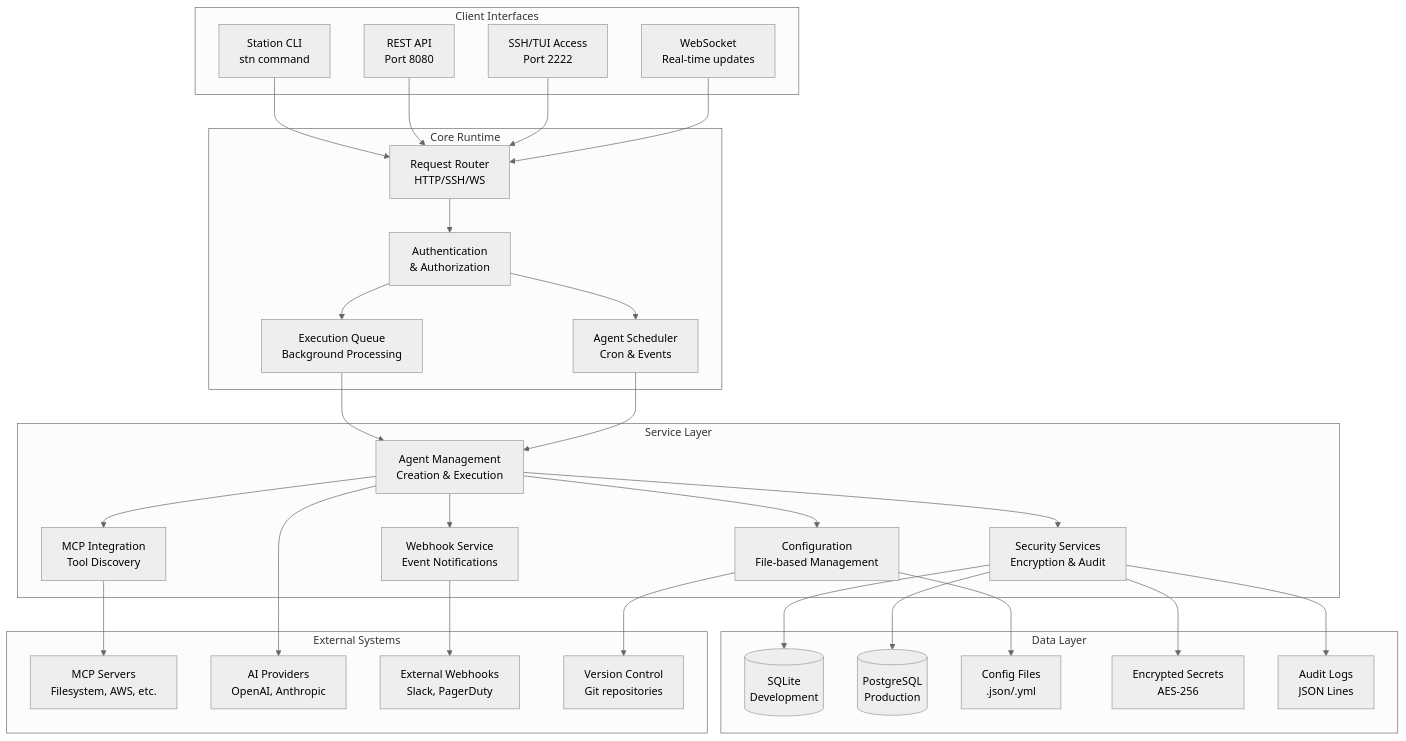
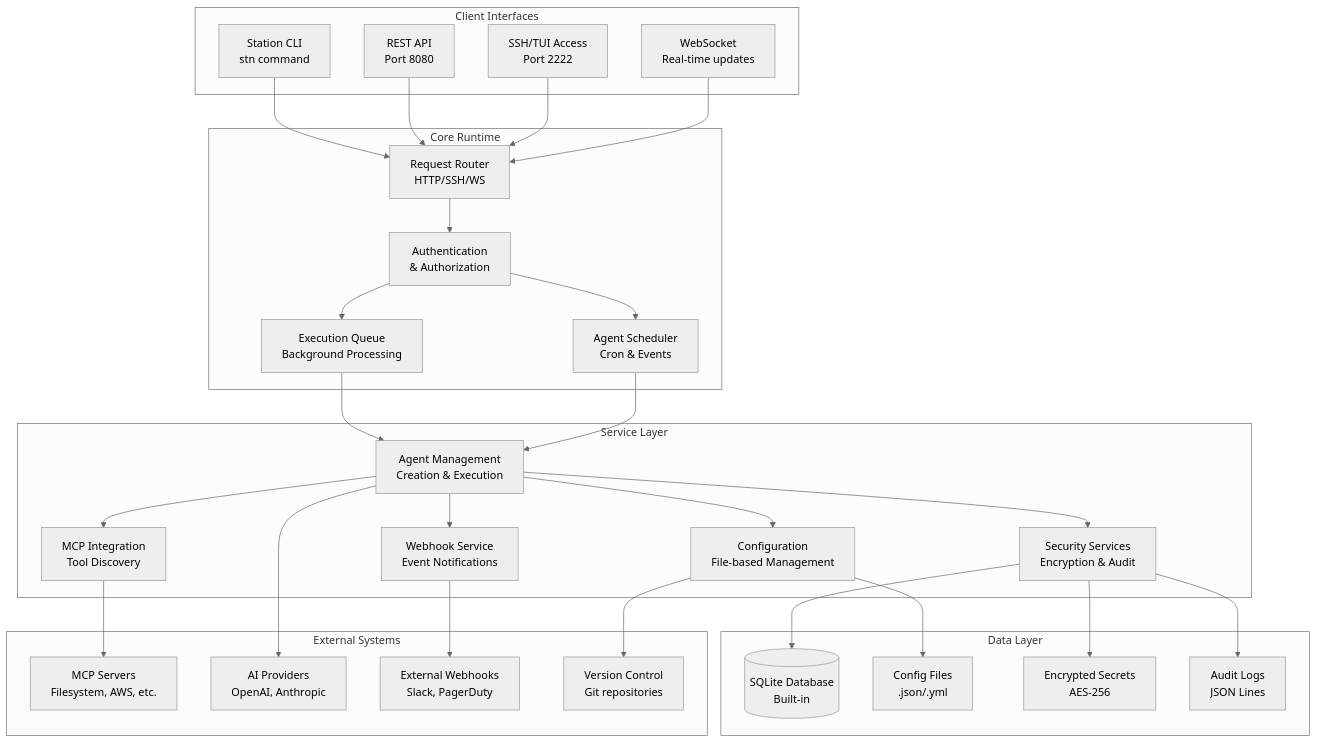
Before and after one commit to cloudshipai/station: the first of 5 diagrams in docs/site/src/content/docs/en/architecture.mdx, drawn with Mermaid (neutral theme). The commit also changed other lines of this file and 1 other file, not shown here.

First line of the commit message:
docs: Fix quickstart and architecture pages with authentic content

````diff
--- a/docs/site/src/content/docs/en/architecture.mdx
+++ b/docs/site/src/content/docs/en/architecture.mdx
@@ -12,67 +12,65 @@
 ```mermaid
 graph TB
     subgraph "Client Interfaces"
         CLI[Station CLI<br/>stn command]
         API[REST API<br/>Port 8080]
         SSH[SSH/TUI Access<br/>Port 2222]
         WS[WebSocket<br/>Real-time updates]
     end
     
     subgraph "Core Runtime"
         Router[Request Router<br/>HTTP/SSH/WS]
         Auth[Authentication<br/>& Authorization]
         Queue[Execution Queue<br/>Background Processing]
         Scheduler[Agent Scheduler<br/>Cron & Events]
     end
     
     subgraph "Service Layer"
         AgentSvc[Agent Management<br/>Creation & Execution]
         MCPSvc[MCP Integration<br/>Tool Discovery]
         ConfigSvc[Configuration<br/>File-based Management]
         SecuritySvc[Security Services<br/>Encryption & Audit]
         WebhookSvc[Webhook Service<br/>Event Notifications]
     end
     
     subgraph "Data Layer"
-        SQLite[(SQLite<br/>Development)]
-        PostgreSQL[(PostgreSQL<br/>Production)]
+        SQLite[(SQLite Database<br/>Built-in)]
         ConfigFiles[Config Files<br/>.json/.yml]
         SecretStore[Encrypted Secrets<br/>AES-256]
         AuditLog[Audit Logs<br/>JSON Lines]
     end
     
     subgraph "External Systems"
         MCPServers[MCP Servers<br/>Filesystem, AWS, etc.]
         AIProviders[AI Providers<br/>OpenAI, Anthropic]
         Webhooks[External Webhooks<br/>Slack, PagerDuty]
         VCS[Version Control<br/>Git repositories]
     end
     
     CLI --> Router
     API --> Router
     SSH --> Router
     WS --> Router
     
     Router --> Auth
     Auth --> Queue
     Auth --> Scheduler
     
     Queue --> AgentSvc
     Scheduler --> AgentSvc
     
     AgentSvc --> MCPSvc
     AgentSvc --> ConfigSvc
     AgentSvc --> SecuritySvc
     AgentSvc --> WebhookSvc
     
     ConfigSvc --> ConfigFiles
     SecuritySvc --> SQLite
-    SecuritySvc --> PostgreSQL
     SecuritySvc --> SecretStore
     SecuritySvc --> AuditLog
     
     MCPSvc --> MCPServers
     AgentSvc --> AIProviders
     WebhookSvc --> Webhooks
     ConfigSvc --> VCS
 ```
````
